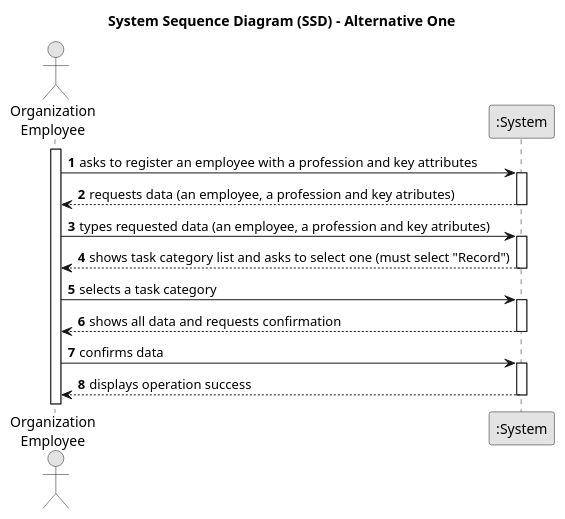
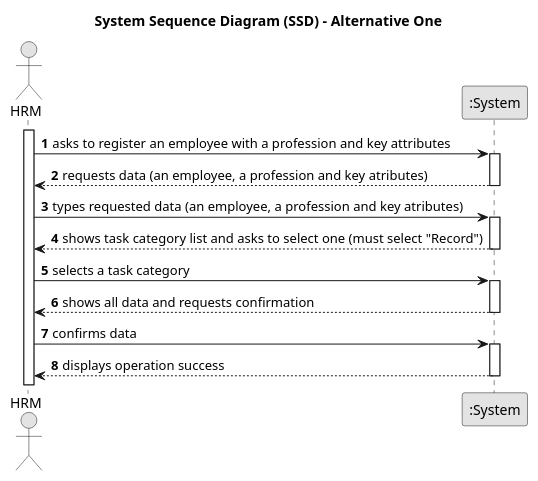
Before and after one commit to Departamento-de-Engenharia-Informatica/lei-24-s2-1df-1de-g063: the diagram in docs/sprintA/us003/01.requirements-engineering/puml/us003-system-sequence-diagram-alternative-one.puml, drawn with PlantUML. The commit also changed 4 other files, not shown here.

```diff
--- a/docs/sprintA/us003/01.requirements-engineering/puml/us003-system-sequence-diagram-alternative-one.puml
+++ b/docs/sprintA/us003/01.requirements-engineering/puml/us003-system-sequence-diagram-alternative-one.puml
@@ -1,40 +1,40 @@
 @startuml
 skinparam monochrome true
 skinparam packageStyle rectangle
 skinparam shadowing false
 
 title System Sequence Diagram (SSD) - Alternative One
 
 autonumber
 
-actor "Organization\nEmployee" as Employee
+actor "HRM" as HRM
 participant ":System" as System
 
-activate Employee
+activate HRM
 
-    Employee -> System : asks to register an employee with a profession and key attributes
+    HRM -> System : asks to register an employee with a profession and key attributes
 
     activate System
 
-        System --> Employee : requests data (an employee, a profession and key atributes)
+        System --> HRM : requests data (an employee, a profession and key atributes)
     deactivate System
 
-    Employee -> System : types requested data (an employee, a profession and key atributes)
+    HRM -> System : types requested data (an employee, a profession and key atributes)
     activate System
 
-        System --> Employee : shows task category list and asks to select one (must select "Record")
+        System --> HRM : shows task category list and asks to select one (must select "Record")
     deactivate System
 
-    Employee -> System : selects a task category
+    HRM -> System : selects a task category
     activate System
 
-        System --> Employee : shows all data and requests confirmation
+        System --> HRM : shows all data and requests confirmation
     deactivate System
 
-    Employee -> System : confirms data
+    HRM -> System : confirms data
     activate System
 
-        System --> Employee : displays operation success
+        System --> HRM : displays operation success
     deactivate System
 
 @enduml
```
